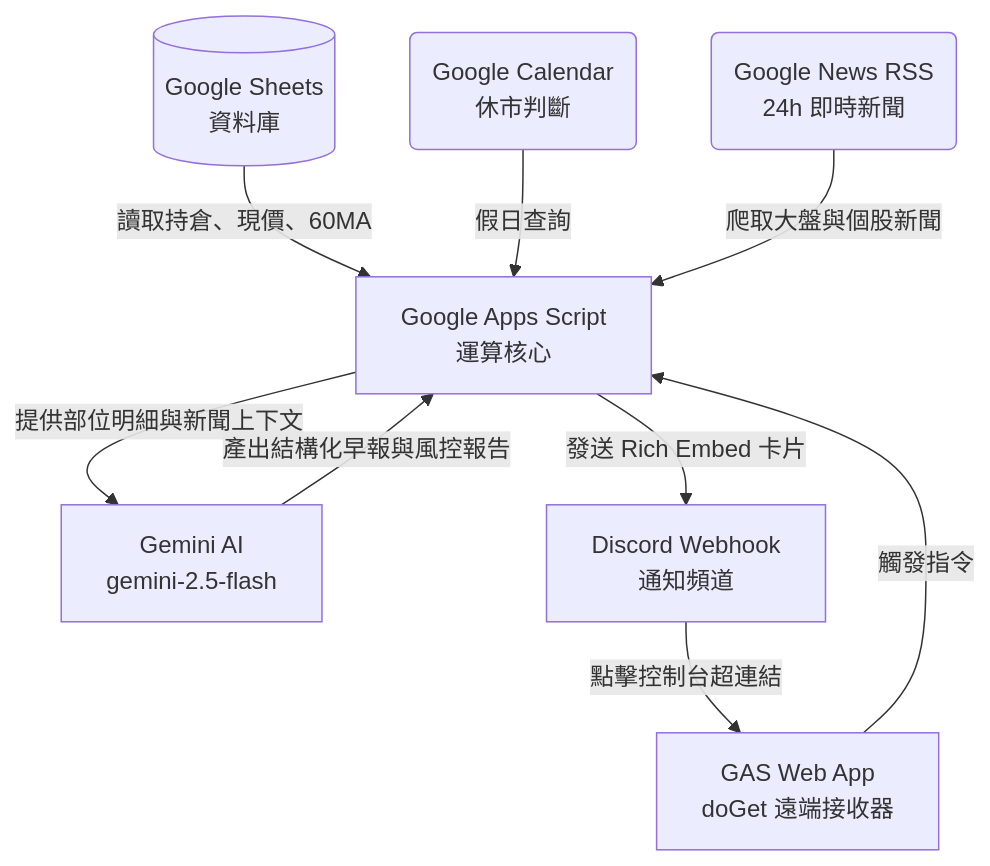
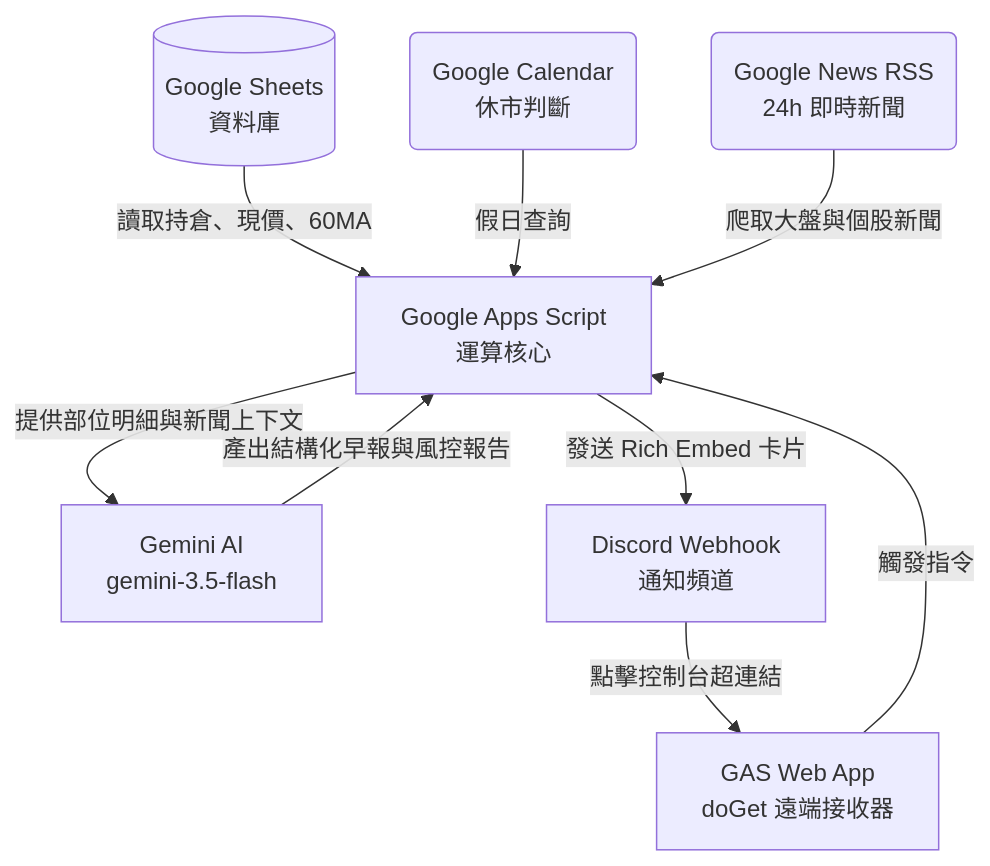
Before and after one commit to rowjk/IMB: the diagram in README.md, drawn with Mermaid. The commit also changed 1 other file, not shown here.

Commit message:
chore: upgrade Gemini model to gemini-3.5-flash

````diff
--- a/README.md
+++ b/README.md
@@ -33,11 +33,11 @@
 ```mermaid
 graph TD
     Sheet[(Google Sheets<br>資料庫)] -->|讀取持倉、現價、60MA| GAS[Google Apps Script<br>運算核心]
     Calendar(Google Calendar<br>休市判斷) -->|假日查詢| GAS
     News(Google News RSS<br>24h 即時新聞) -->|爬取大盤與個股新聞| GAS
-    GAS -->|提供部位明細與新聞上下文| Gemini[Gemini AI<br>gemini-2.5-flash]
+    GAS -->|提供部位明細與新聞上下文| Gemini[Gemini AI<br>gemini-3.5-flash]
     Gemini -->|產出結構化早報與風控報告| GAS
     GAS -->|發送 Rich Embed 卡片| Discord[Discord Webhook<br>通知頻道]
     Discord -->|點擊控制台超連結| WebApp[GAS Web App<br>doGet 遠端接收器]
     WebApp -->|觸發指令| GAS
 ```
````
